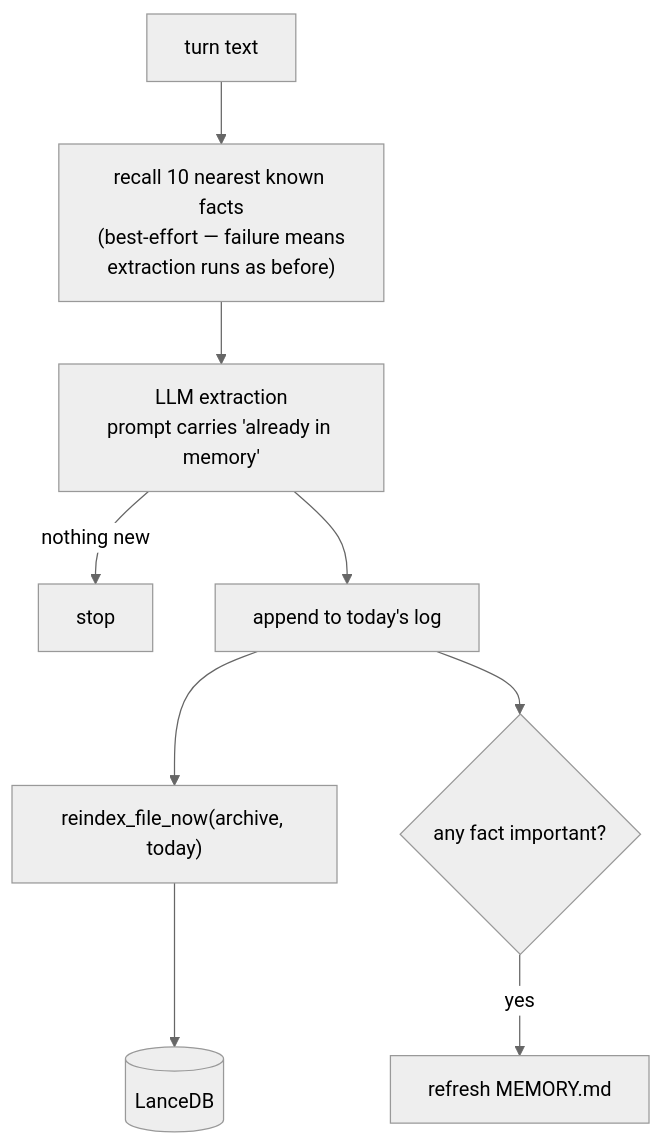
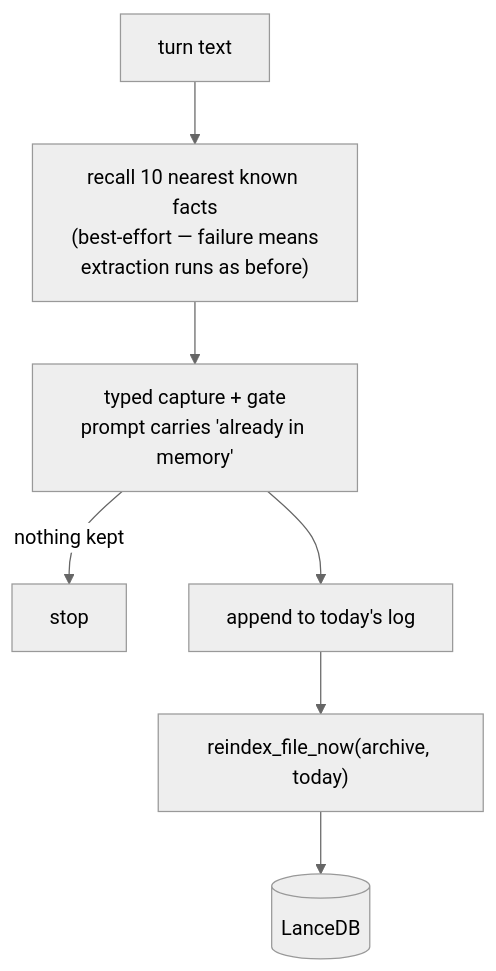
One commit to cyzus/suzent changed the second of 3 diagrams in docs/08-developing/architecture/memory-architecture.md. Above: the diagram before and after it, drawn with Mermaid. The commit also changed other lines of this file and 54 other files, not shown here.

First line of the commit message:
feat(memory): typed capture, MEMORY.md map and judgment dream (#411)

````diff
--- a/docs/08-developing/architecture/memory-architecture.md
+++ b/docs/08-developing/architecture/memory-architecture.md
@@ -75,12 +75,10 @@
 ```mermaid
 %%{init: {'theme':'neutral'}}%%
 flowchart TD
     A["turn text"] --> B["recall 10 nearest known facts<br/>(best-effort — failure means<br/>extraction runs as before)"]
-    B --> C["LLM extraction<br/>prompt carries 'already in memory'"]
-    C -->|nothing new| Z["stop"]
+    B --> C["typed capture + gate<br/>prompt carries 'already in memory'"]
+    C -->|nothing kept| Z["stop"]
     C --> D["append to today's log"]
     D --> E["reindex_file_now(archive, today)"]
     E --> F[("LanceDB")]
-    D --> G{"any fact important?"}
-    G -->|yes| H["refresh MEMORY.md"]
 ```
````
